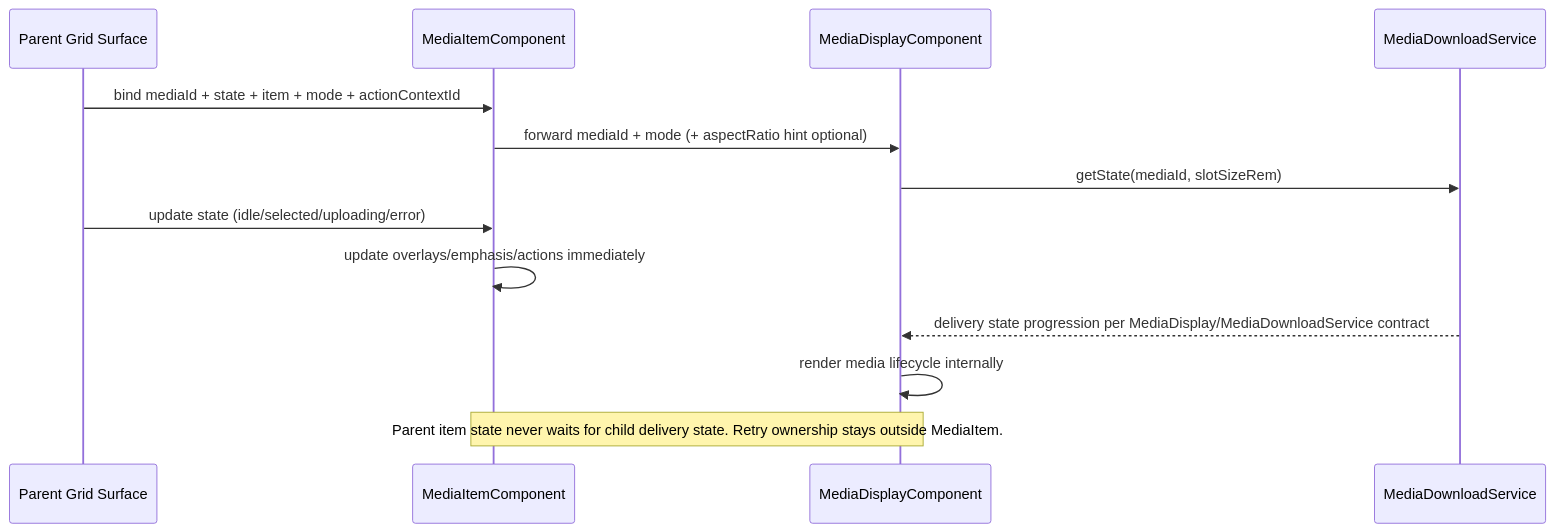
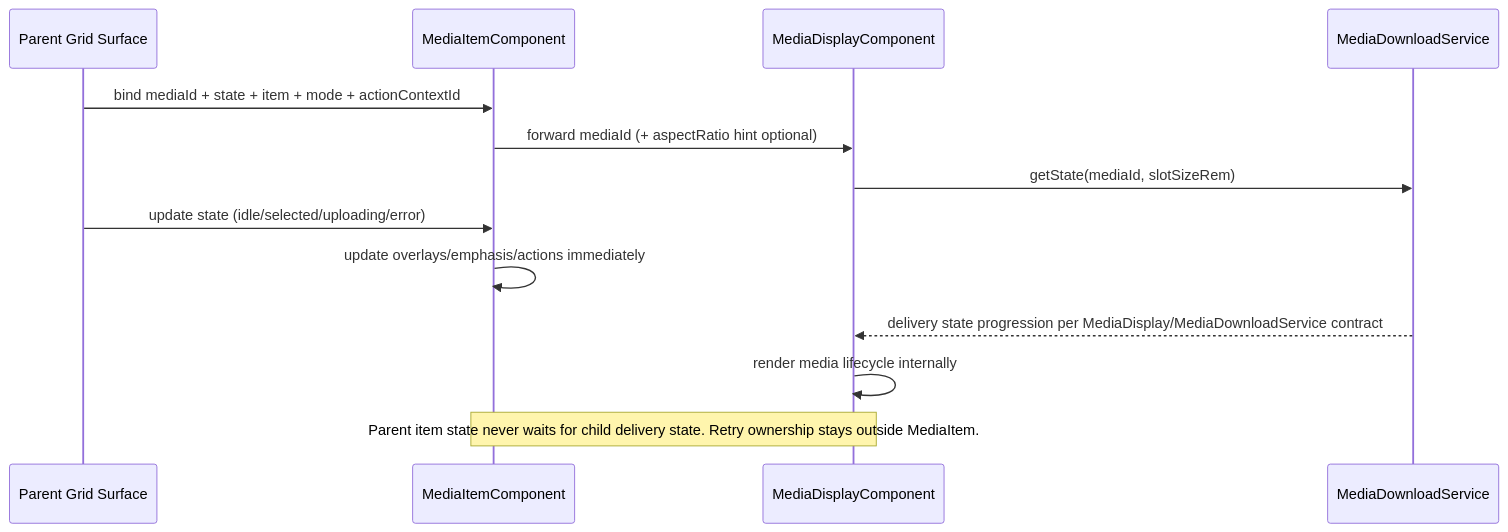
The second of 2 diagrams in docs/specs/component/media-item.md (matkleve/feldpost), drawn with Mermaid before and after one commit. The commit also changed other lines of this file and 1 other file, not shown here.

Commit message:
feat(media-item): update upload overlay handling and improve media state forwarding

````diff
--- a/docs/specs/component/media-item.md
+++ b/docs/specs/component/media-item.md
@@ -223,16 +224,16 @@
 ```mermaid
 sequenceDiagram
   participant P as Parent Grid Surface
   participant M as MediaItemComponent
   participant D as MediaDisplayComponent
   participant S as MediaDownloadService
 
   P->>M: bind mediaId + state + item + mode + actionContextId
-  M->>D: forward mediaId + mode (+ aspectRatio hint optional)
+  M->>D: forward mediaId (+ aspectRatio hint optional)
   D->>S: getState(mediaId, slotSizeRem)
   P->>M: update state (idle/selected/uploading/error)
   M->>M: update overlays/emphasis/actions immediately
   S-->>D: delivery state progression per MediaDisplay/MediaDownloadService contract
   D->>D: render media lifecycle internally
   Note over M,D: Parent item state never waits for child delivery state. Retry ownership stays outside MediaItem.
 ```
````
